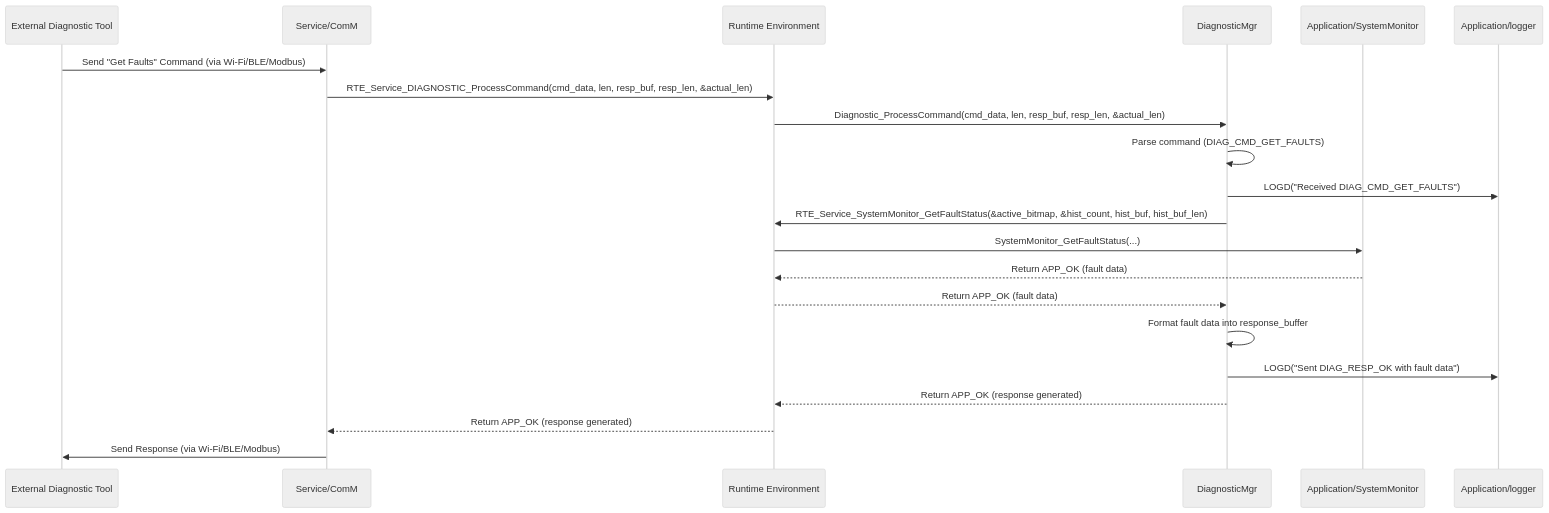
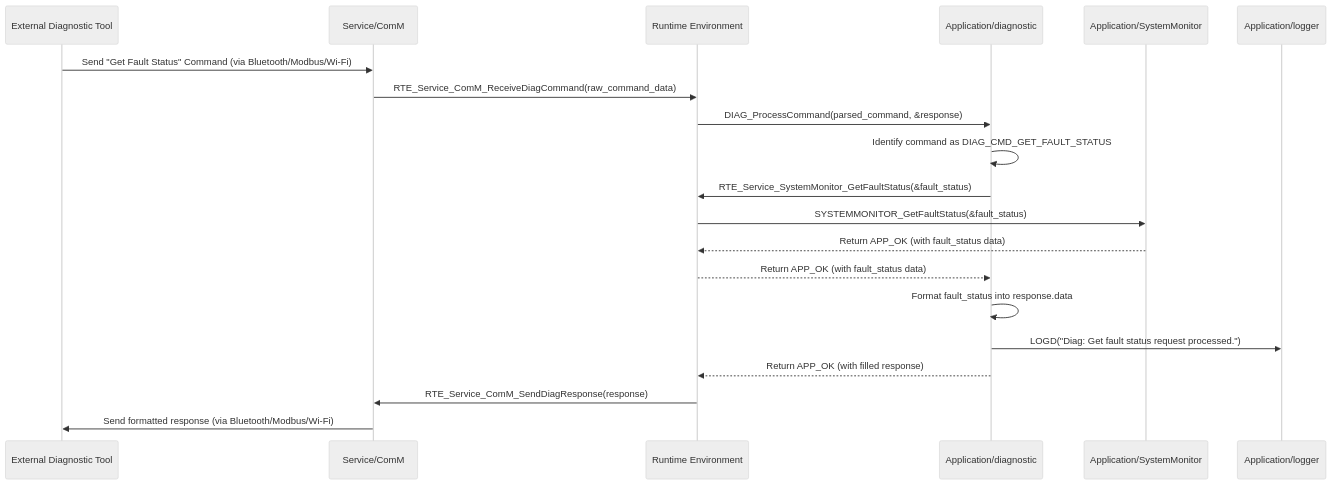
The diagram in Requiremets/Design/Application/DiagnosticMgr.md (ashaker-2/Platform), drawn with Mermaid (neutral theme) before and after one commit. The commit also changed other lines of this file and 26 other files, not shown here.

````diff
--- a/Requiremets/Design/Application/DiagnosticMgr.md
+++ b/Requiremets/Design/Application/DiagnosticMgr.md
@@ -176,24 +209,23 @@
 ```mermaid
 sequenceDiagram  
     participant ExternalTool as External Diagnostic Tool  
-    participant Service_ComM as Service/ComM  
+    participant ComM as Service/ComM  
     participant RTE as Runtime Environment  
-    participant Diagnostic as DiagnosticMgr  
+    participant Diag as Application/diagnostic  
     participant SystemMonitor as Application/SystemMonitor  
     participant Logger as Application/logger
 
-    ExternalTool->>Service_ComM: Send "Get Faults" Command (via Wi-Fi/BLE/Modbus)  
-    Service_ComM->>RTE: RTE_Service_DIAGNOSTIC_ProcessCommand(cmd_data, len, resp_buf, resp_len, &actual_len)  
-    RTE->>Diagnostic: Diagnostic_ProcessCommand(cmd_data, len, resp_buf, resp_len, &actual_len)  
-    Diagnostic->>Diagnostic: Parse command (DIAG_CMD_GET_FAULTS)  
-    Diagnostic->>Logger: LOGD("Received DIAG_CMD_GET_FAULTS")  
-    Diagnostic->>RTE: RTE_Service_SystemMonitor_GetFaultStatus(&active_bitmap, &hist_count, hist_buf, hist_buf_len)  
-    RTE->>SystemMonitor: SystemMonitor_GetFaultStatus(...)  
-    SystemMonitor-->>RTE: Return APP_OK (fault data)  
-    RTE-->>Diagnostic: Return APP_OK (fault data)  
-    Diagnostic->>Diagnostic: Format fault data into response_buffer  
-    Diagnostic->>Logger: LOGD("Sent DIAG_RESP_OK with fault data")  
-    Diagnostic-->>RTE: Return APP_OK (response generated)  
-    RTE-->>Service_ComM: Return APP_OK (response generated)  
-    Service_ComM->>ExternalTool: Send Response (via Wi-Fi/BLE/Modbus)
+    ExternalTool->>ComM: Send "Get Fault Status" Command (via Bluetooth/Modbus/Wi-Fi)  
+    ComM->>RTE: RTE_Service_ComM_ReceiveDiagCommand(raw_command_data)  
+    RTE->>Diag: DIAG_ProcessCommand(parsed_command, &response)  
+    Diag->>Diag: Identify command as DIAG_CMD_GET_FAULT_STATUS  
+    Diag->>RTE: RTE_Service_SystemMonitor_GetFaultStatus(&fault_status)  
+    RTE->>SystemMonitor: SYSTEMMONITOR_GetFaultStatus(&fault_status)  
+    SystemMonitor-->>RTE: Return APP_OK (with fault_status data)  
+    RTE-->>Diag: Return APP_OK (with fault_status data)  
+    Diag->>Diag: Format fault_status into response.data  
+    Diag->>Logger: LOGD("Diag: Get fault status request processed.")  
+    Diag-->>RTE: Return APP_OK (with filled response)  
+    RTE->>ComM: RTE_Service_ComM_SendDiagResponse(response)  
+    ComM->>ExternalTool: Send formatted response (via Bluetooth/Modbus/Wi-Fi)
 ```
````
